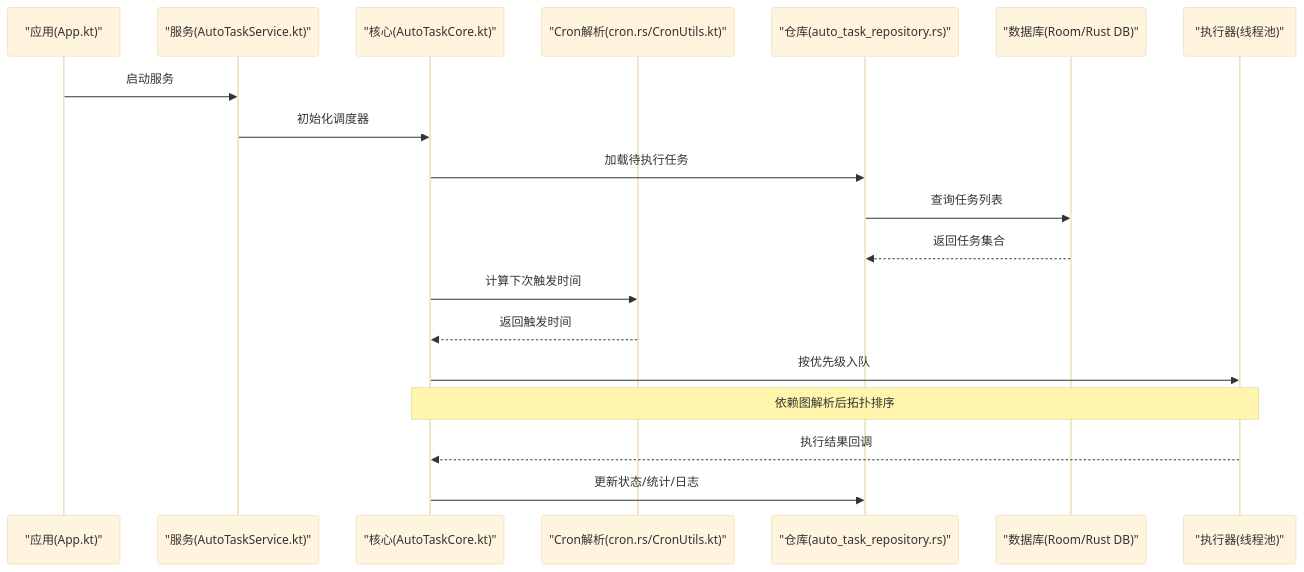
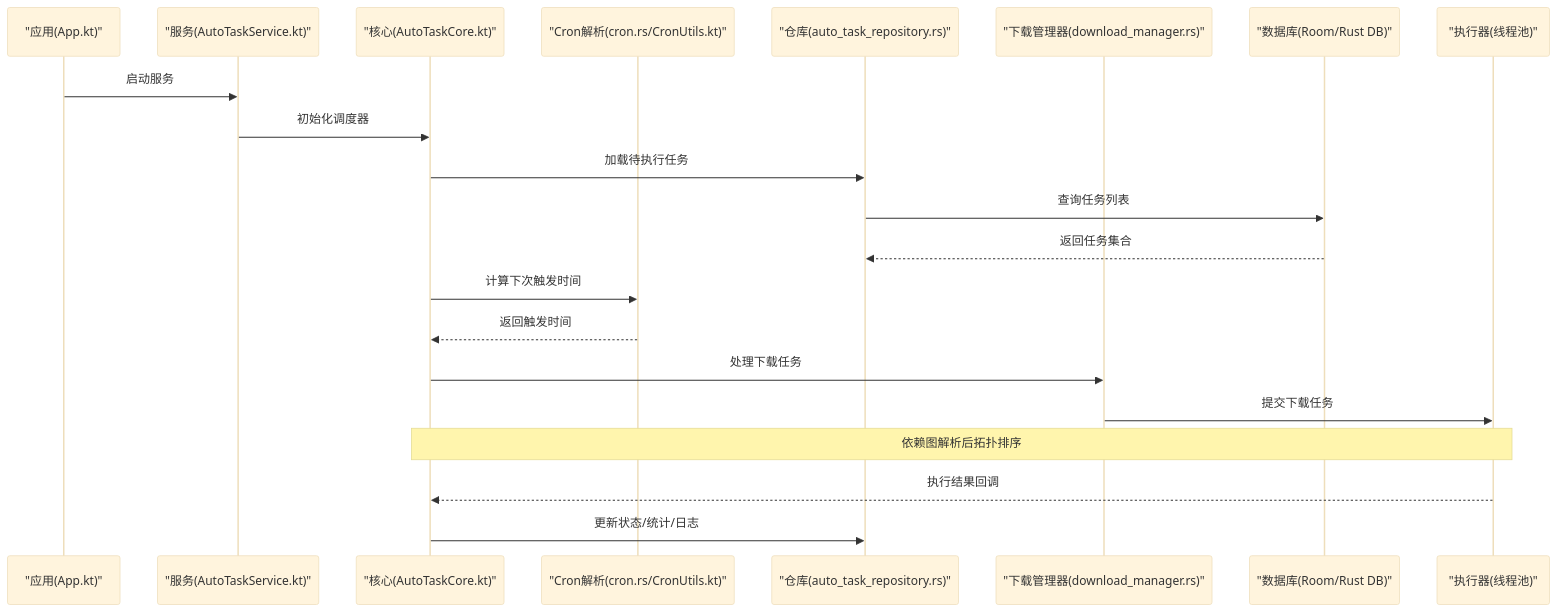
One commit to ZhangGHGitHub/LegadoTeamFlutter changed the second of 8 diagrams in .qoder/repowiki/zh/content/架构设计/分层架构设计/业务逻辑层/任务调度.md. Above: the diagram before and after it, drawn with Mermaid (base theme). The commit also changed other lines of this file and 66 other files, not shown here.

````diff
--- a/.qoder/repowiki/zh/content/架构设计/分层架构设计/业务逻辑层/任务调度.md
+++ b/.qoder/repowiki/zh/content/架构设计/分层架构设计/业务逻辑层/任务调度.md
@@ -114,21 +109,23 @@
 ```mermaid
 sequenceDiagram
 participant App as "应用(App.kt)"
 participant Svc as "服务(AutoTaskService.kt)"
 participant Core as "核心(AutoTaskCore.kt)"
 participant Cron as "Cron解析(cron.rs/CronUtils.kt)"
 participant Repo as "仓库(auto_task_repository.rs)"
+participant Download as "下载管理器(download_manager.rs)"
 participant DB as "数据库(Room/Rust DB)"
 participant Exec as "执行器(线程池)"
 App->>Svc : 启动服务
 Svc->>Core : 初始化调度器
 Core->>Repo : 加载待执行任务
 Repo->>DB : 查询任务列表
 DB-->>Repo : 返回任务集合
 Core->>Cron : 计算下次触发时间
 Cron-->>Core : 返回触发时间
-Core->>Exec : 按优先级入队
+Core->>Download : 处理下载任务
+Download->>Exec : 提交下载任务
 Note over Core,Exec : 依赖图解析后拓扑排序
 Exec-->>Core : 执行结果回调
 Core->>Repo : 更新状态/统计/日志
 ```
````
